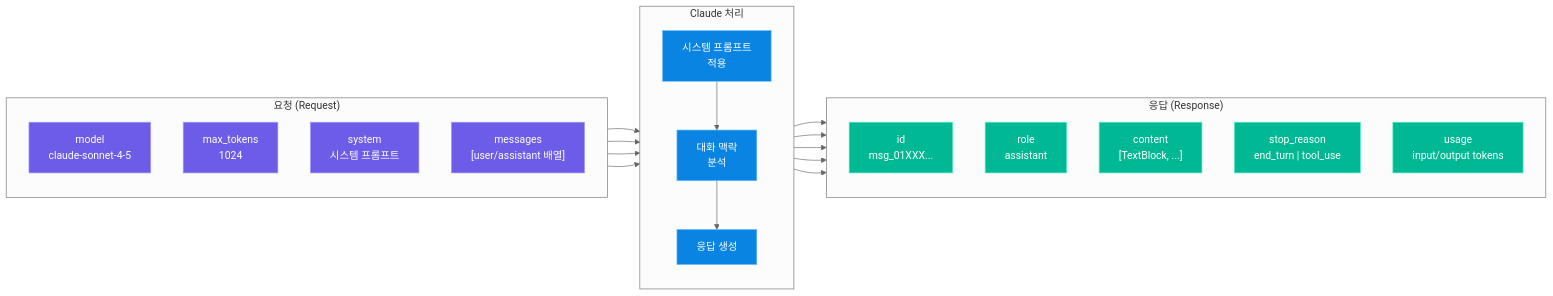
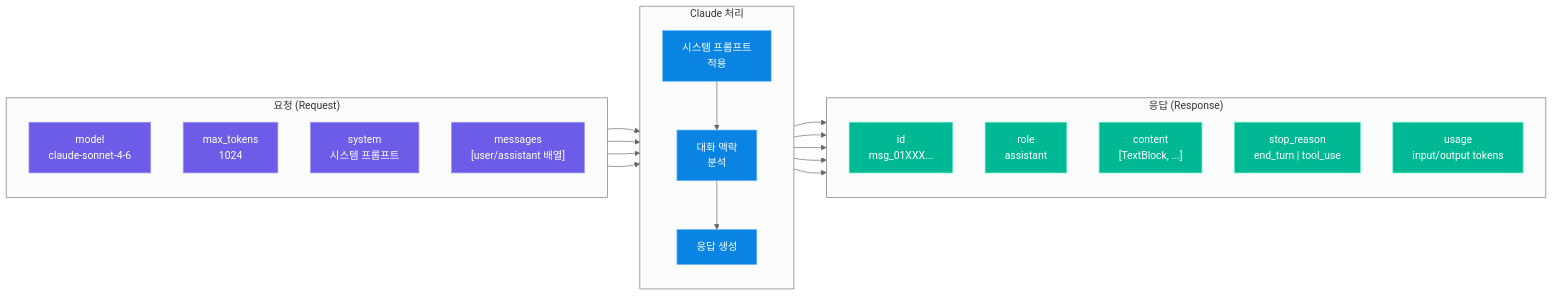
Before and after one commit to lovehyun/tutorial-genai: the first of 4 diagrams in 0.docs/05_genai_advanced/02_claude_api.md, drawn with Mermaid (neutral theme). The commit also changed other lines of this file and 20 other files, not shown here.

````diff
--- a/0.docs/05_genai_advanced/02_claude_api.md
+++ b/0.docs/05_genai_advanced/02_claude_api.md
@@ -251,51 +251,51 @@
 ```mermaid
 flowchart LR
     subgraph Request["요청 (Request)"]
         direction TB
-        M["model\nclaude-sonnet-4-5"]
+        M["model\nclaude-sonnet-4-6"]
         MT["max_tokens\n1024"]
         SYS["system\n시스템 프롬프트"]
         MSG["messages\n[user/assistant 배열]"]
     end
 
     subgraph Processing["Claude 처리"]
         direction TB
         P1["시스템 프롬프트\n적용"]
         P2["대화 맥락\n분석"]
         P3["응답 생성"]
     end
 
     subgraph Response["응답 (Response)"]
         direction TB
         RID["id\nmsg_01XXX..."]
         RROLE["role\nassistant"]
         RCONT["content\n[TextBlock, ...]"]
         RSTOP["stop_reason\nend_turn | tool_use"]
         RUSAGE["usage\ninput/output tokens"]
     end
 
     M --> P1
     MT --> P1
     SYS --> P1
     MSG --> P2
     P1 --> P2
     P2 --> P3
     P3 --> RID
     P3 --> RROLE
     P3 --> RCONT
     P3 --> RSTOP
     P3 --> RUSAGE
 
     style M fill:#6c5ce7,stroke:#a29bfe,color:#fff
     style MT fill:#6c5ce7,stroke:#a29bfe,color:#fff
     style SYS fill:#6c5ce7,stroke:#a29bfe,color:#fff
     style MSG fill:#6c5ce7,stroke:#a29bfe,color:#fff
     style P1 fill:#0984e3,stroke:#74b9ff,color:#fff
     style P2 fill:#0984e3,stroke:#74b9ff,color:#fff
     style P3 fill:#0984e3,stroke:#74b9ff,color:#fff
     style RID fill:#00b894,stroke:#55efc4,color:#fff
     style RROLE fill:#00b894,stroke:#55efc4,color:#fff
     style RCONT fill:#00b894,stroke:#55efc4,color:#fff
     style RSTOP fill:#00b894,stroke:#55efc4,color:#fff
     style RUSAGE fill:#00b894,stroke:#55efc4,color:#fff
 ```
````
